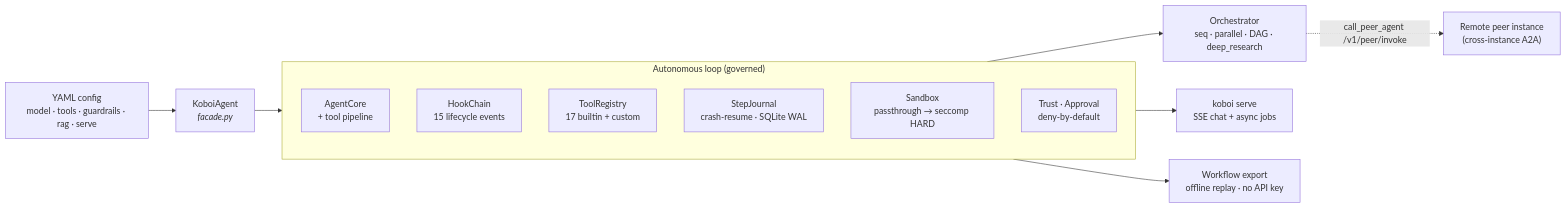
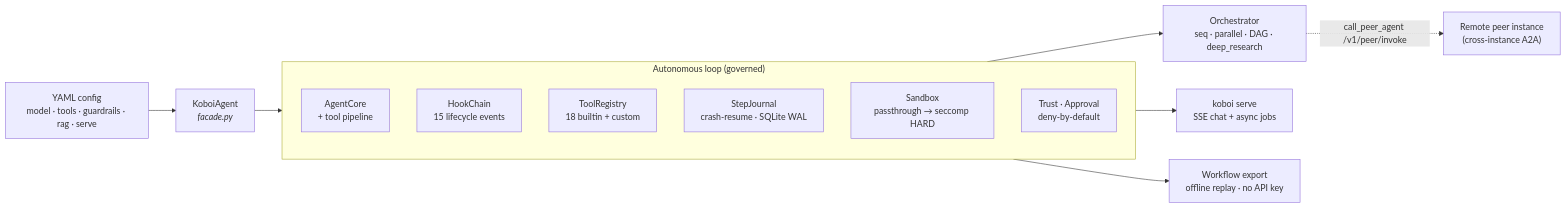
One commit to hedypamungkas/koboi-agent changed the diagram in README.md. Above: the diagram before and after it, drawn with Mermaid. The commit also changed other lines of this file and 6 other files, not shown here.

````diff
--- a/README.md
+++ b/README.md
@@ -244,19 +244,19 @@
 ```mermaid
 flowchart LR
   CFG["YAML config<br/>model · tools · guardrails · rag · serve"] --> FAC["KoboiAgent<br/><i>facade.py</i>"]
 
   subgraph LOOP["Autonomous loop (governed)"]
     AC["AgentCore<br/>+ tool pipeline"]
     HK["HookChain<br/>15 lifecycle events"]
-    TR["ToolRegistry<br/>17 builtin + custom"]
+    TR["ToolRegistry<br/>18 builtin + custom"]
     JN["StepJournal<br/>crash-resume · SQLite WAL"]
     SB["Sandbox<br/>passthrough → seccomp HARD"]
     TU["Trust · Approval<br/>deny-by-default"]
   end
 
   FAC --> LOOP
   LOOP --> OUT["Orchestrator<br/>seq · parallel · DAG · deep_research"]
   LOOP --> SRV["koboi serve<br/>SSE chat + async jobs"]
   LOOP --> WF["Workflow export<br/>offline replay · no API key"]
   OUT -.->|"call_peer_agent /v1/peer/invoke"| PEER["Remote peer instance<br/>(cross-instance A2A)"]
 ```
````
